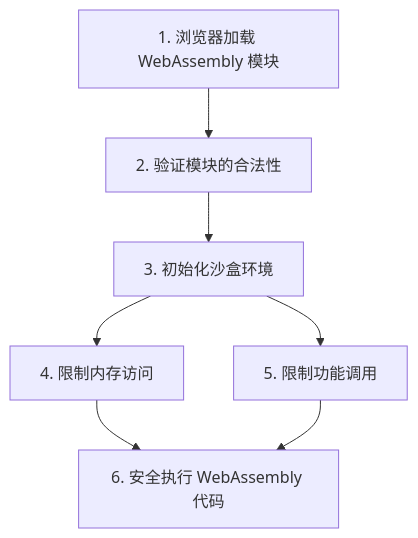
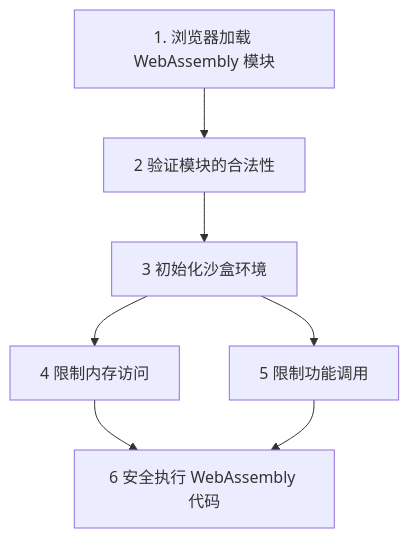
One commit to uwspstar/20-Day-Challenge-List changed the second of 3 diagrams in C#/Blazor/003_WebAssembly 在浏览器的沙盒环境中运行.md. Above: the diagram before and after it, drawn with Mermaid. The commit also changed other lines of this file, not shown here.

Commit message:
Update 003_WebAssembly 在浏览器的沙盒环境中运行.md

````diff
--- a/C#/Blazor/003_WebAssembly 在浏览器的沙盒环境中运行.md
+++ b/C#/Blazor/003_WebAssembly 在浏览器的沙盒环境中运行.md
@@ -156,9 +154,9 @@
 ```mermaid
 graph TD
-    A[1. 浏览器加载 WebAssembly 模块] --> B[2. 验证模块的合法性]
-    B --> C[3. 初始化沙盒环境]
-    C --> D[4. 限制内存访问]
-    C --> E[5. 限制功能调用]
-    D --> F[6. 安全执行 WebAssembly 代码]
+    A[1. 浏览器加载 WebAssembly 模块] --> B[2 验证模块的合法性]
+    B --> C[3 初始化沙盒环境]
+    C --> D[4 限制内存访问]
+    C --> E[5 限制功能调用]
+    D --> F[6 安全执行 WebAssembly 代码]
     E --> F
 ```
````
